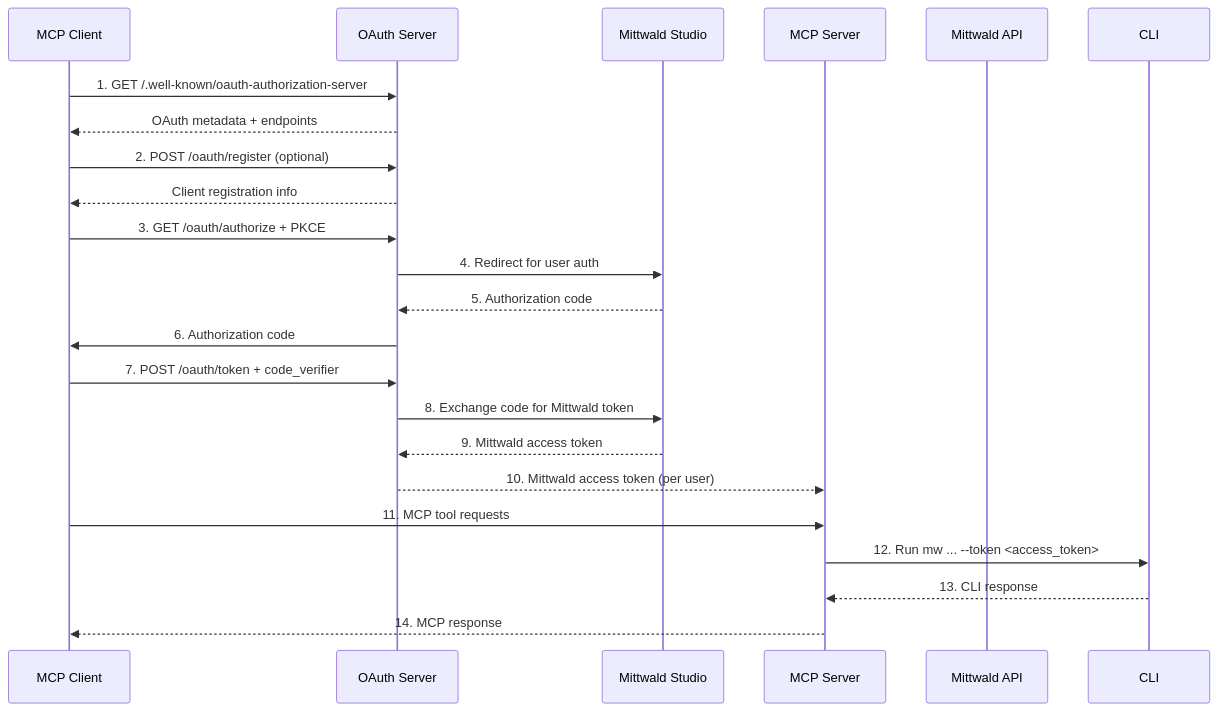
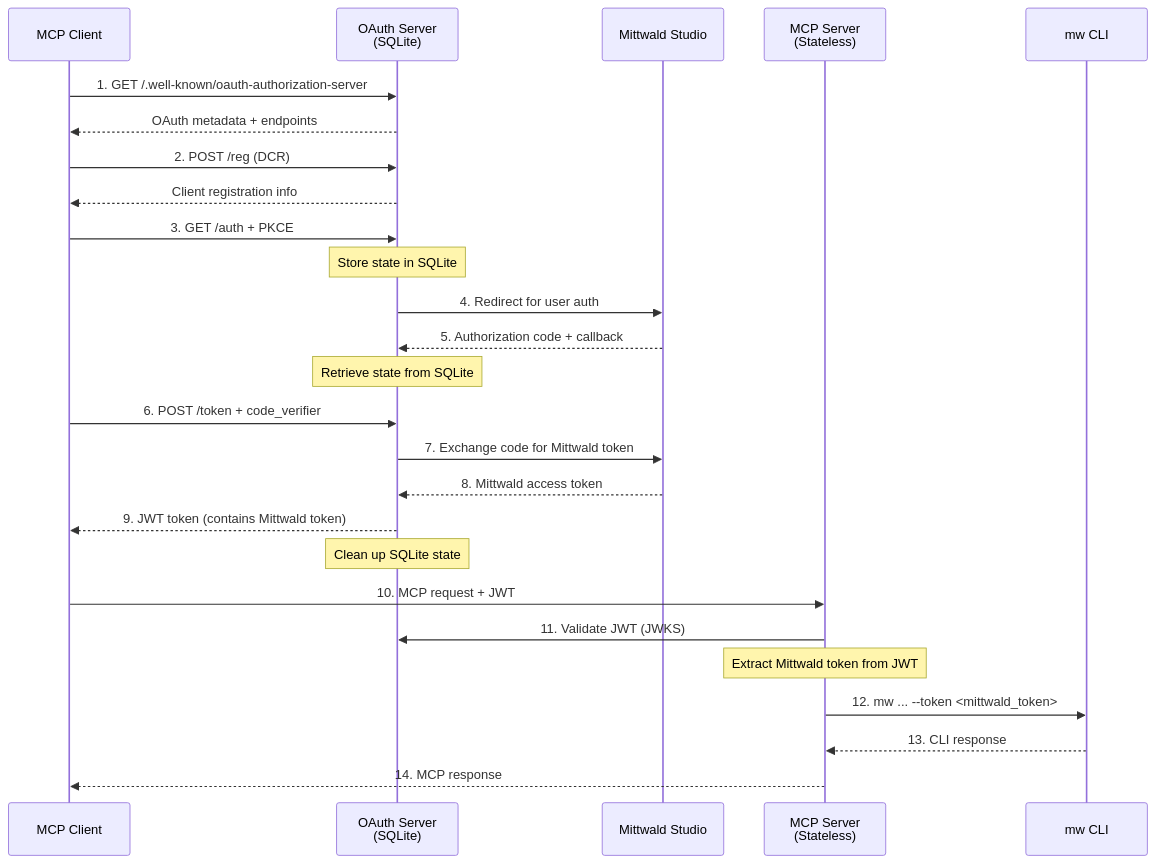
The second of 3 diagrams in ARCHITECTURE.md (mittwald/mcp-server), drawn with Mermaid before and after one commit. The commit also changed other lines of this file, not shown here.

First line of the commit message:
docs(architecture): update with SQLite migration implementation

````diff
--- a/ARCHITECTURE.md
+++ b/ARCHITECTURE.md
@@ -74,29 +103,33 @@
 ```mermaid
 sequenceDiagram
     participant Client as MCP Client
-    participant OAuth as OAuth Server
+    participant OAuth as OAuth Server<br/>(SQLite)
     participant Studio as Mittwald Studio
-    participant MCP as MCP Server
-    participant API as Mittwald API
+    participant MCP as MCP Server<br/>(Stateless)
+    participant CLI as mw CLI
 
     Client->>OAuth: 1. GET /.well-known/oauth-authorization-server
     OAuth-->>Client: OAuth metadata + endpoints
-    
-    Client->>OAuth: 2. POST /oauth/register (optional)
+
+    Client->>OAuth: 2. POST /reg (DCR)
     OAuth-->>Client: Client registration info
-    
-    Client->>OAuth: 3. GET /oauth/authorize + PKCE
+
+    Client->>OAuth: 3. GET /auth + PKCE
+    Note over OAuth: Store state in SQLite
     OAuth->>Studio: 4. Redirect for user auth
-    Studio-->>OAuth: 5. Authorization code
-    OAuth->>Client: 6. Authorization code
-    
-    Client->>OAuth: 7. POST /oauth/token + code_verifier
-    OAuth->>Studio: 8. Exchange code for Mittwald token
-    Studio-->>OAuth: 9. Mittwald access token
-    OAuth-->>MCP: 10. Mittwald access token (per user)
-    
-    Client->>MCP: 11. MCP tool requests
-    MCP->>CLI: 12. Run mw ... --token <access_token>
+    Studio-->>OAuth: 5. Authorization code + callback
+    Note over OAuth: Retrieve state from SQLite
+
+    Client->>OAuth: 6. POST /token + code_verifier
+    OAuth->>Studio: 7. Exchange code for Mittwald token
+    Studio-->>OAuth: 8. Mittwald access token
+    OAuth-->>Client: 9. JWT token (contains Mittwald token)
+    Note over OAuth: Clean up SQLite state
+
+    Client->>MCP: 10. MCP request + JWT
+    MCP->>OAuth: 11. Validate JWT (JWKS)
+    Note over MCP: Extract Mittwald token from JWT
+    MCP->>CLI: 12. mw ... --token <mittwald_token>
     CLI-->>MCP: 13. CLI response
     MCP-->>Client: 14. MCP response
 ```
````
